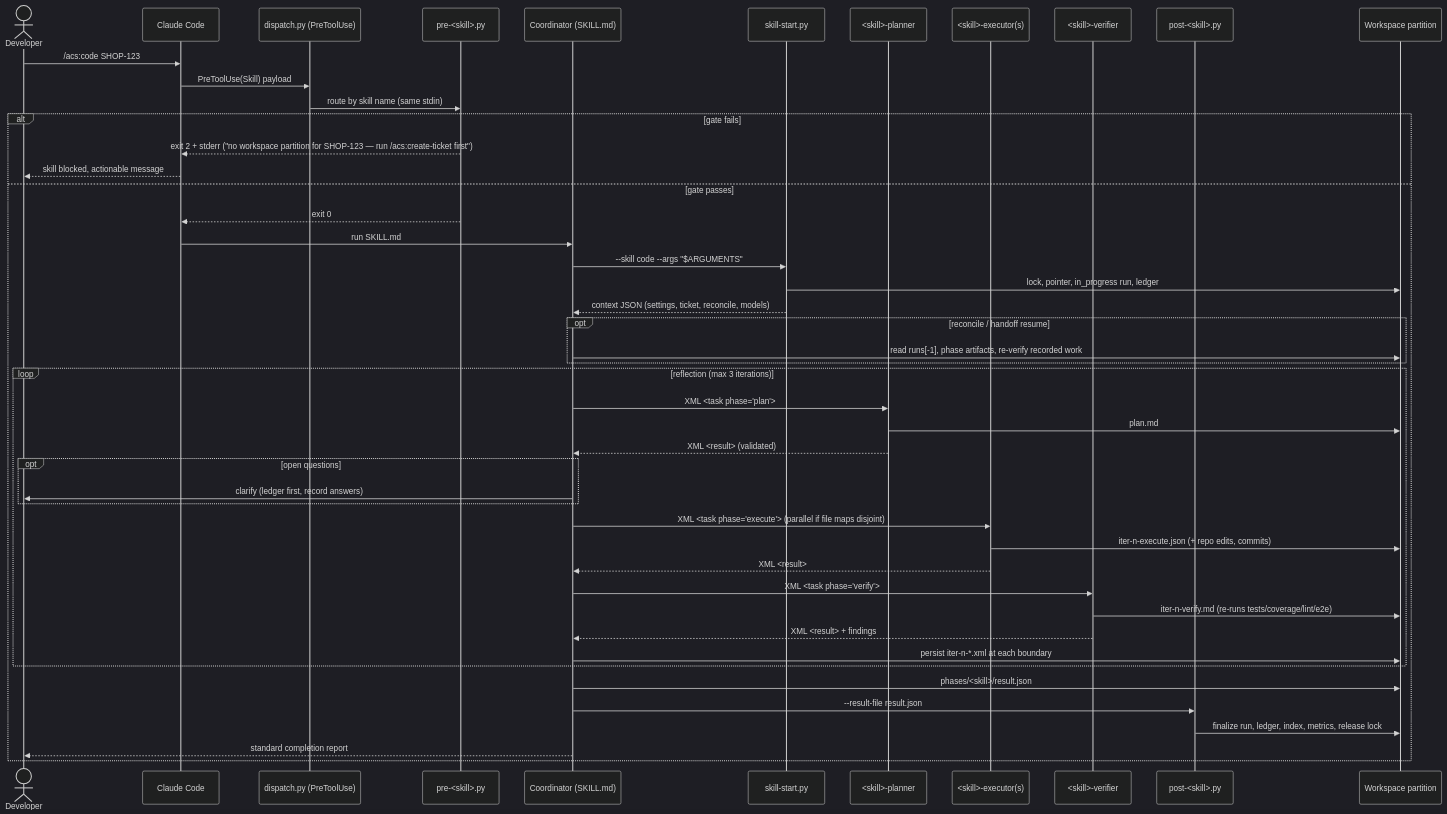
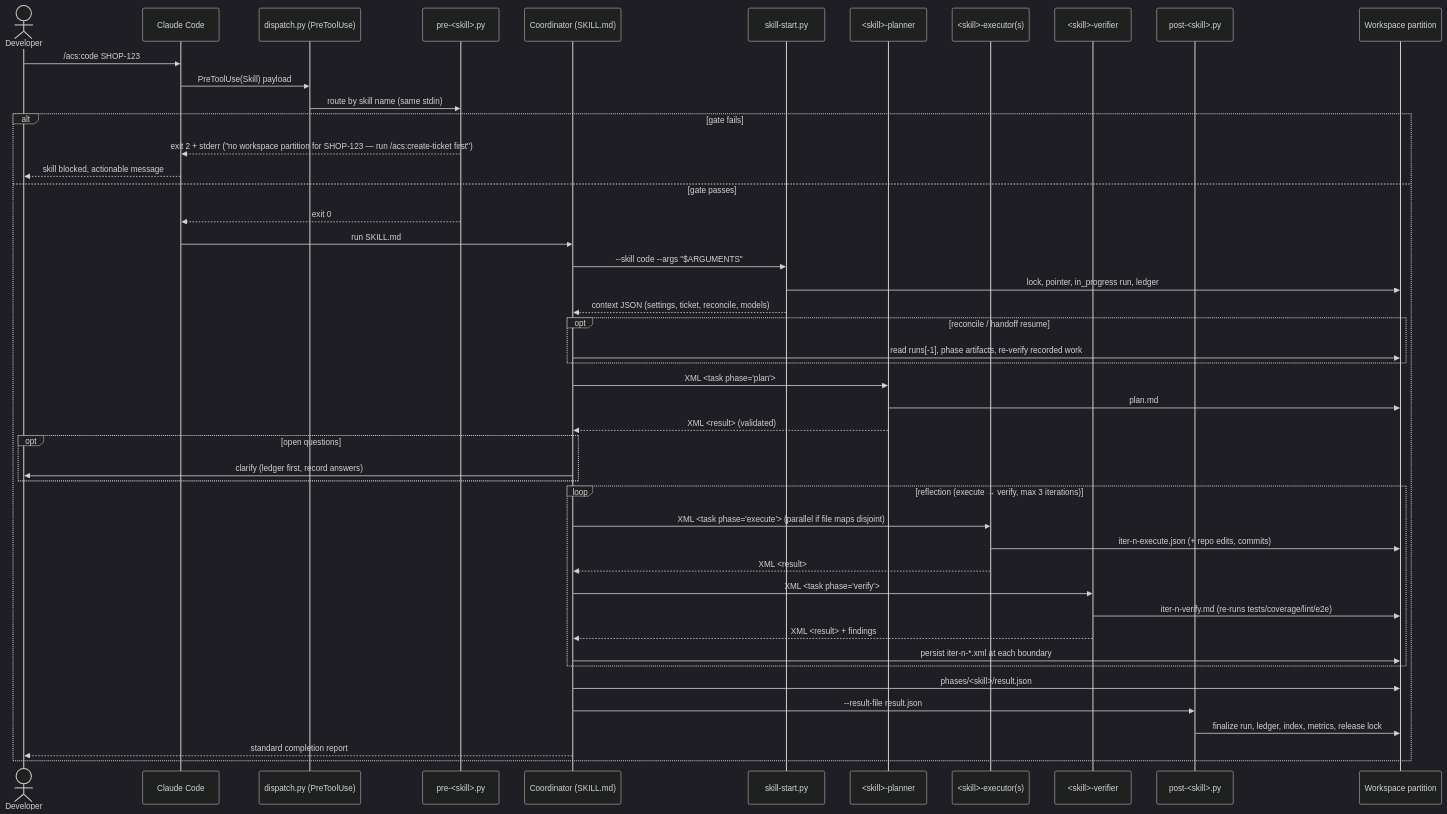
The diagram in docs/architecture/lld/flows/hook-gated-skill-run.md (globalmindsolution/gms-marketplace), drawn with Mermaid (dark theme) before and after one commit. The commit also changed other lines of this file and 19 other files, not shown here.

Commit message:
[#356] /acs:code loop becomes execute->verify only (slice 1b) (#369)

````diff
--- a/docs/architecture/lld/flows/hook-gated-skill-run.md
+++ b/docs/architecture/lld/flows/hook-gated-skill-run.md
@@ -21,50 +26,50 @@
 ```mermaid
 sequenceDiagram
     actor Dev as Developer
     participant CC as Claude Code
     participant D as dispatch.py (PreToolUse)
     participant PRE as pre-<skill>.py
     participant CO as Coordinator (SKILL.md)
     participant SS as skill-start.py
     participant PL as <skill>-planner
     participant EX as <skill>-executor(s)
     participant VF as <skill>-verifier
     participant POST as post-<skill>.py
     participant WS as Workspace partition
 
     Dev->>CC: /acs:code SHOP-123
     CC->>D: PreToolUse(Skill) payload
     D->>PRE: route by skill name (same stdin)
     alt gate fails
         PRE-->>CC: exit 2 + stderr ("no workspace partition for SHOP-123 — run /acs:create-ticket first")
         CC-->>Dev: skill blocked, actionable message
     else gate passes
         PRE-->>CC: exit 0
         CC->>CO: run SKILL.md
         CO->>SS: --skill code --args "$ARGUMENTS"
         SS->>WS: lock, pointer, in_progress run, ledger
         SS-->>CO: context JSON (settings, ticket, reconcile, models)
         opt reconcile / handoff resume
             CO->>WS: read runs[-1], phase artifacts, re-verify recorded work
         end
-        loop reflection (max 3 iterations)
-            CO->>PL: XML <task phase="plan">
-            PL->>WS: plan.md
-            PL-->>CO: XML <result> (validated)
-            opt open questions
-                CO->>Dev: clarify (ledger first, record answers)
-            end
+        CO->>PL: XML <task phase="plan">
+        PL->>WS: plan.md
+        PL-->>CO: XML <result> (validated)
+        opt open questions
+            CO->>Dev: clarify (ledger first, record answers)
+        end
+        loop reflection (execute → verify, max 3 iterations)
             CO->>EX: XML <task phase="execute"> (parallel if file maps disjoint)
             EX->>WS: iter-n-execute.json (+ repo edits, commits)
             EX-->>CO: XML <result>
             CO->>VF: XML <task phase="verify">
             VF->>WS: iter-n-verify.md (re-runs tests/coverage/lint/e2e)
             VF-->>CO: XML <result> + findings
             CO->>WS: persist iter-n-*.xml at each boundary
         end
         CO->>WS: phases/<skill>/result.json
         CO->>POST: --result-file result.json
         POST->>WS: finalize run, ledger, index, metrics, release lock
         CO-->>Dev: standard completion report
     end
 ```
````
